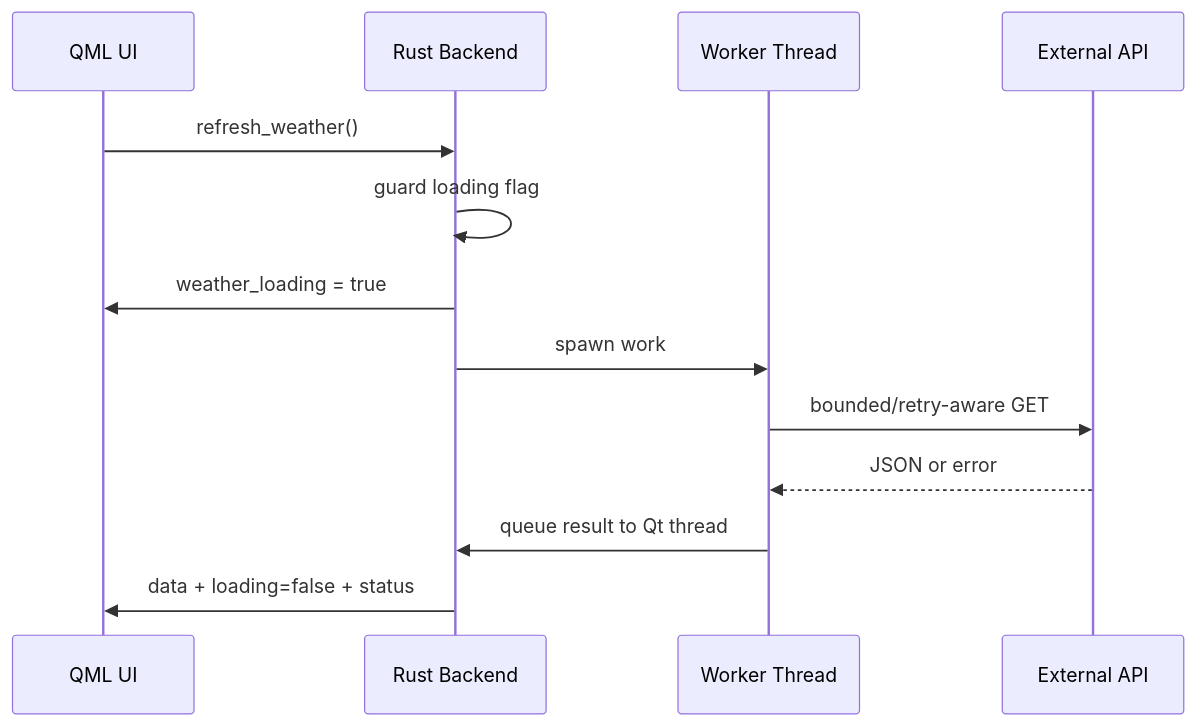
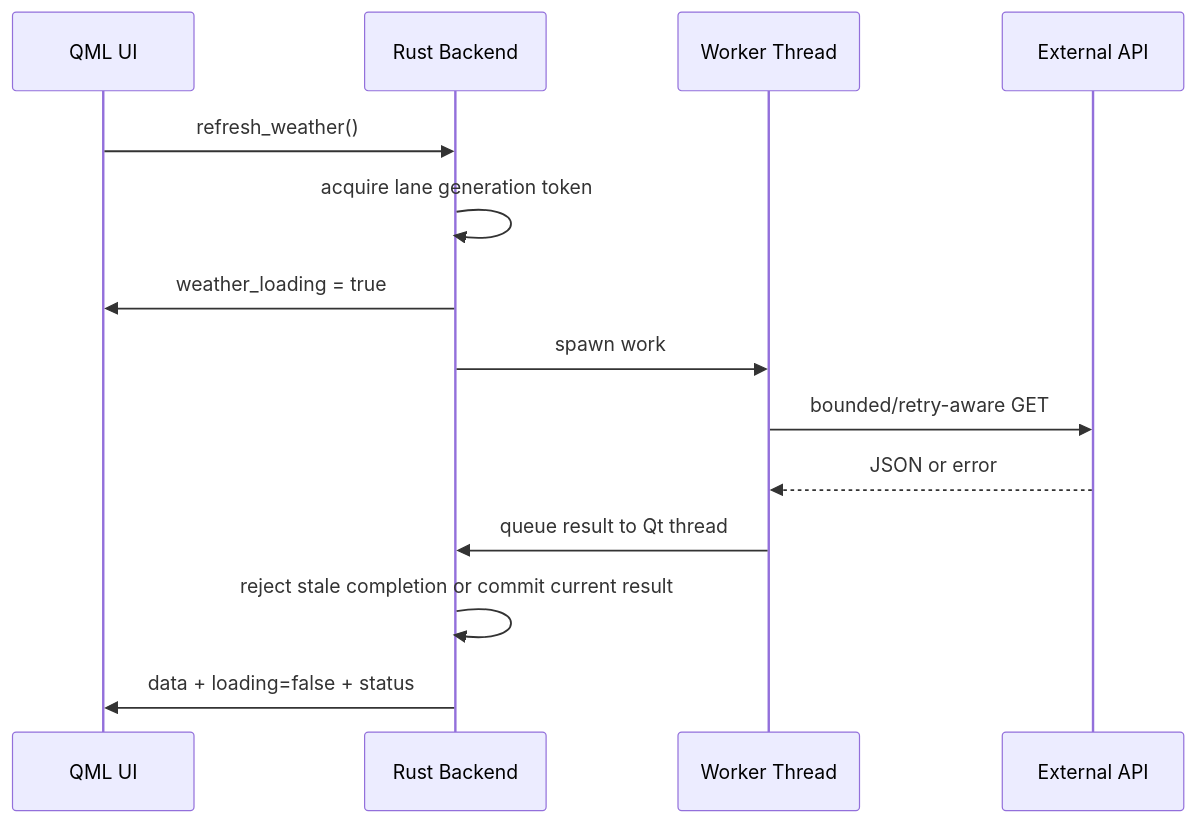
The second of 2 diagrams in docs/ARCHITECTURE_AND_TECH_STACK.md (happy-wakey/happy-wakey-desktop-app.rs), drawn with Mermaid before and after one commit. The commit also changed other lines of this file and 22 other files, not shown here.

````diff
--- a/docs/ARCHITECTURE_AND_TECH_STACK.md
+++ b/docs/ARCHITECTURE_AND_TECH_STACK.md
@@ -90,16 +94,17 @@
 ```mermaid
 sequenceDiagram
     participant UI as QML UI
     participant B as Rust Backend
     participant W as Worker Thread
     participant API as External API
 
     UI->>B: refresh_weather()
-    B->>B: guard loading flag
+    B->>B: acquire lane generation token
     B->>UI: weather_loading = true
     B->>W: spawn work
     W->>API: bounded/retry-aware GET
     API-->>W: JSON or error
     W->>B: queue result to Qt thread
+    B->>B: reject stale completion or commit current result
     B->>UI: data + loading=false + status
 ```
````
